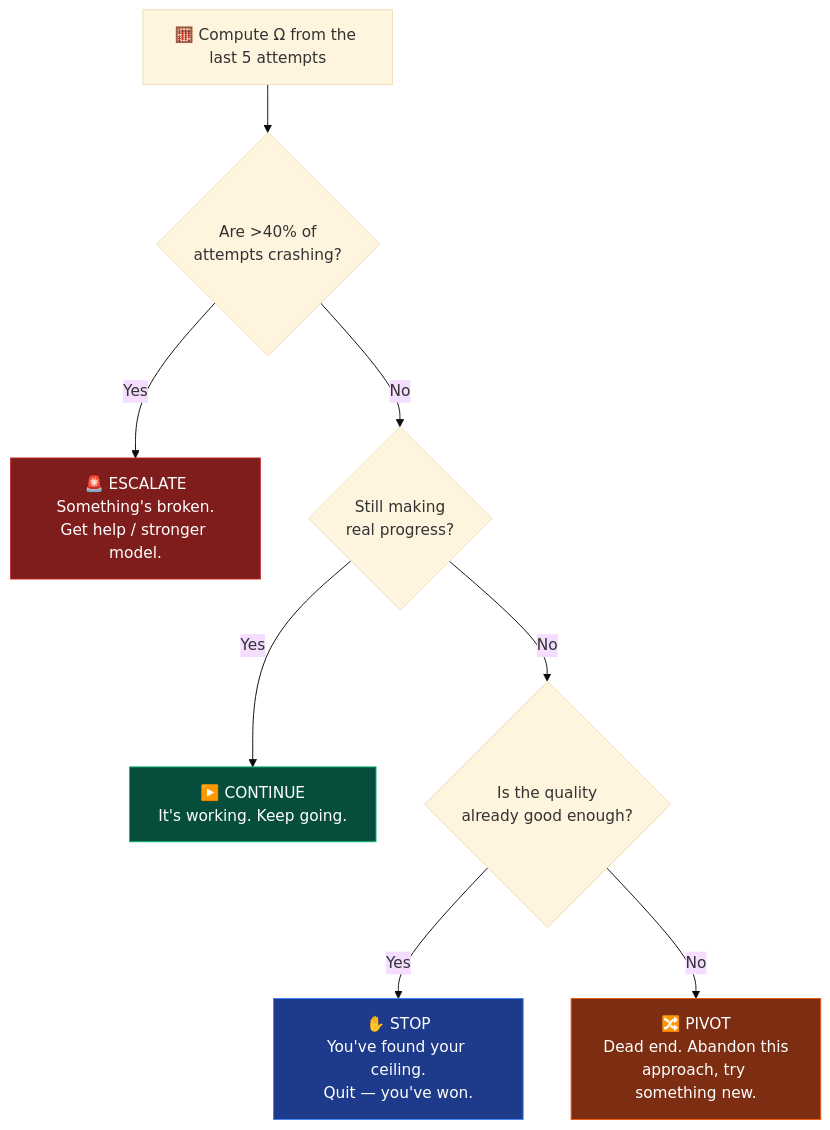
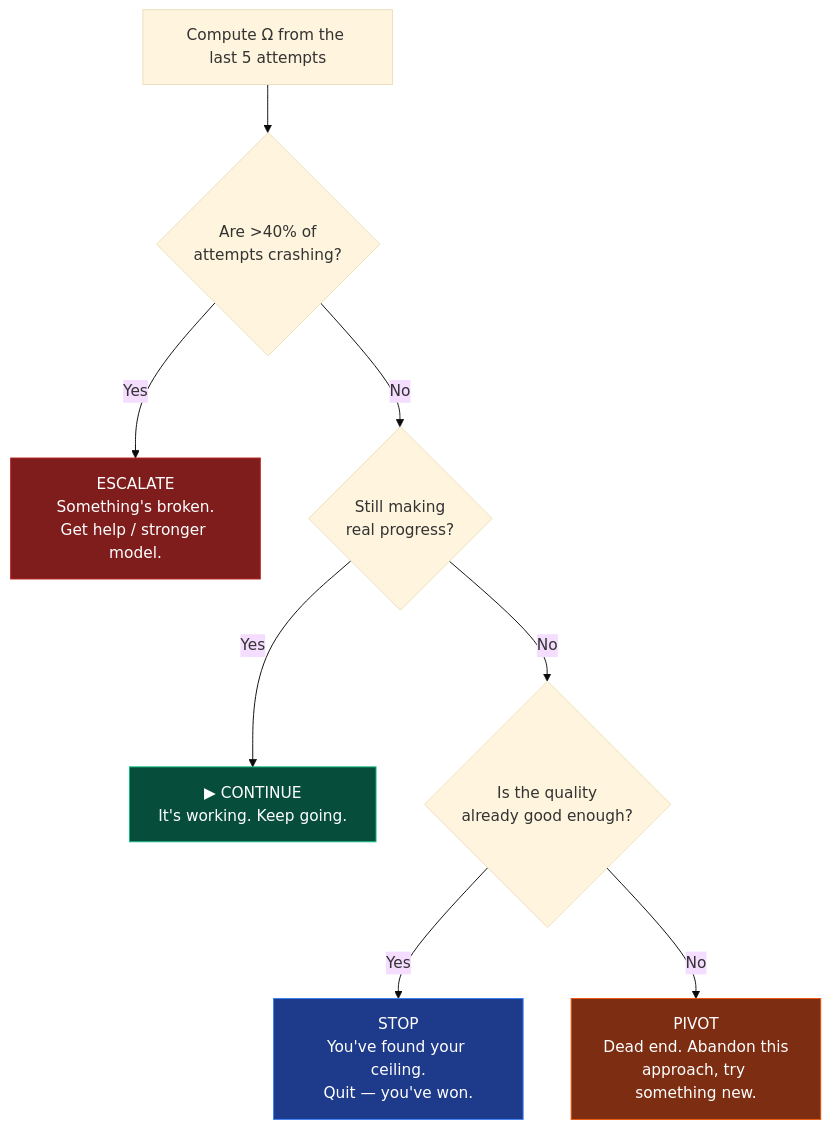
The second of 2 diagrams in book/05-fixing-it-with-math.md (m4vic/Autopilot-zero-to-hero), drawn with Mermaid (base theme) before and after one commit. The commit also changed other lines of this file and 15 other files, not shown here.

````diff
--- a/book/05-fixing-it-with-math.md
+++ b/book/05-fixing-it-with-math.md
@@ -73,15 +73,15 @@
 ```mermaid
-flowchart TB
-    START["🧮 Compute Ω from the last 5 attempts"] --> WASTE{"Are >40% of<br/>attempts crashing?"}
-    WASTE -->|"Yes"| ESC["🚨 ESCALATE<br/>Something's broken.<br/>Get help / stronger model."]
+    flowchart TB
+    START["Compute Ω from the last 5 attempts"] --> WASTE{"Are >40% of<br/>attempts crashing?"}
+    WASTE -->|"Yes"| ESC["ESCALATE<br/>Something's broken.<br/>Get help / stronger model."]
     WASTE -->|"No"| PROG{"Still making<br/>real progress?"}
-    PROG -->|"Yes"| CONT["▶️ CONTINUE<br/>It's working. Keep going."]
+    PROG -->|"Yes"| CONT["▶ CONTINUE<br/>It's working. Keep going."]
     PROG -->|"No"| QUAL{"Is the quality<br/>already good enough?"}
-    QUAL -->|"Yes"| STOP["✋ STOP<br/>You've found your ceiling.<br/>Quit — you've won."]
-    QUAL -->|"No"| PIV["🔀 PIVOT<br/>Dead end. Abandon this<br/>approach, try something new."]
+    QUAL -->|"Yes"| STOP["STOP<br/>You've found your ceiling.<br/>Quit — you've won."]
+    QUAL -->|"No"| PIV["PIVOT<br/>Dead end. Abandon this<br/>approach, try something new."]
 
     style ESC fill:#7f1d1d,stroke:#b91c1c,color:#fff
     style CONT fill:#064e3b,stroke:#10b981,color:#fff
     style STOP fill:#1e3a8a,stroke:#3b82f6,color:#fff
     style PIV fill:#7c2d12,stroke:#ea580c,color:#fff
 ```
````
